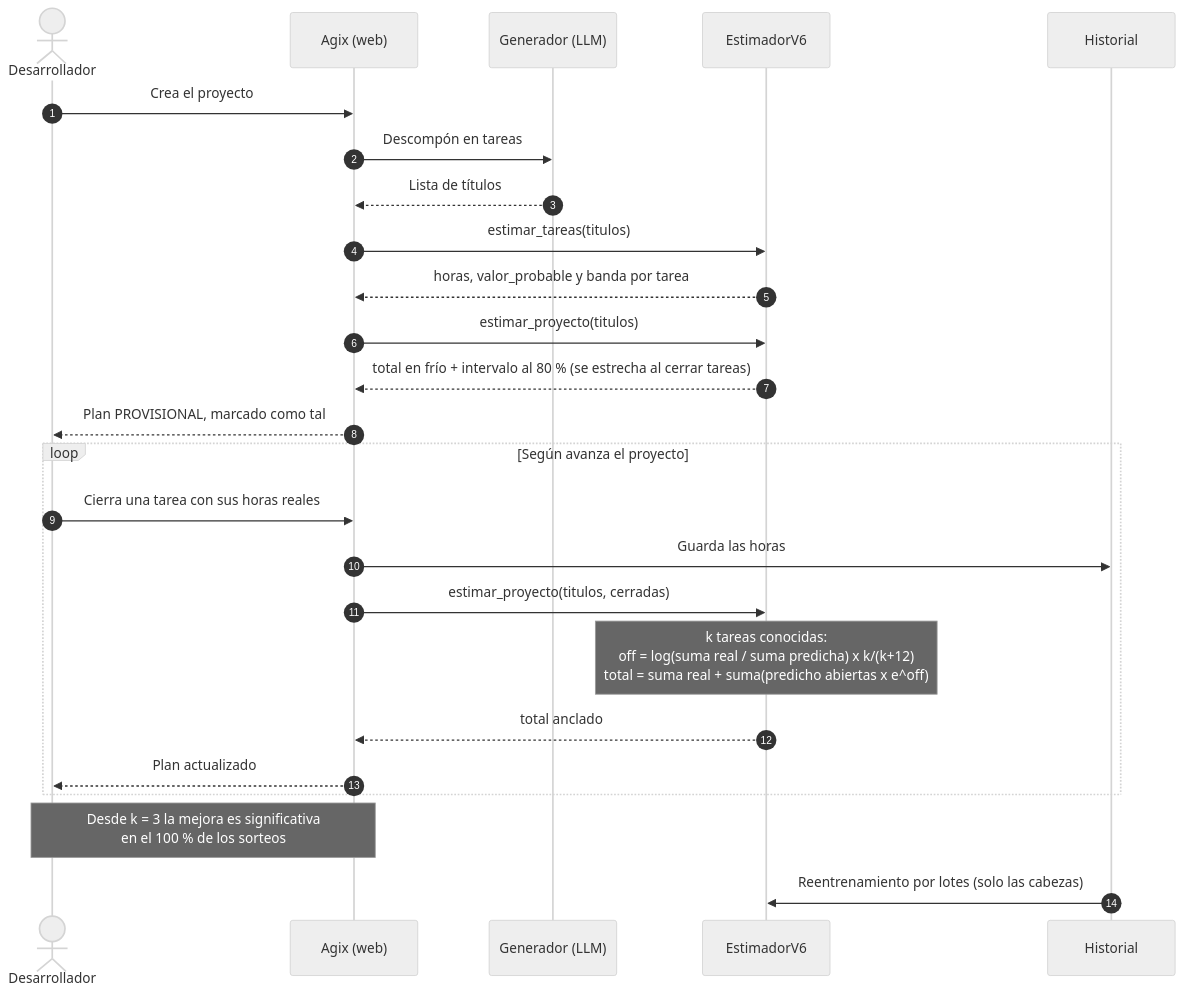
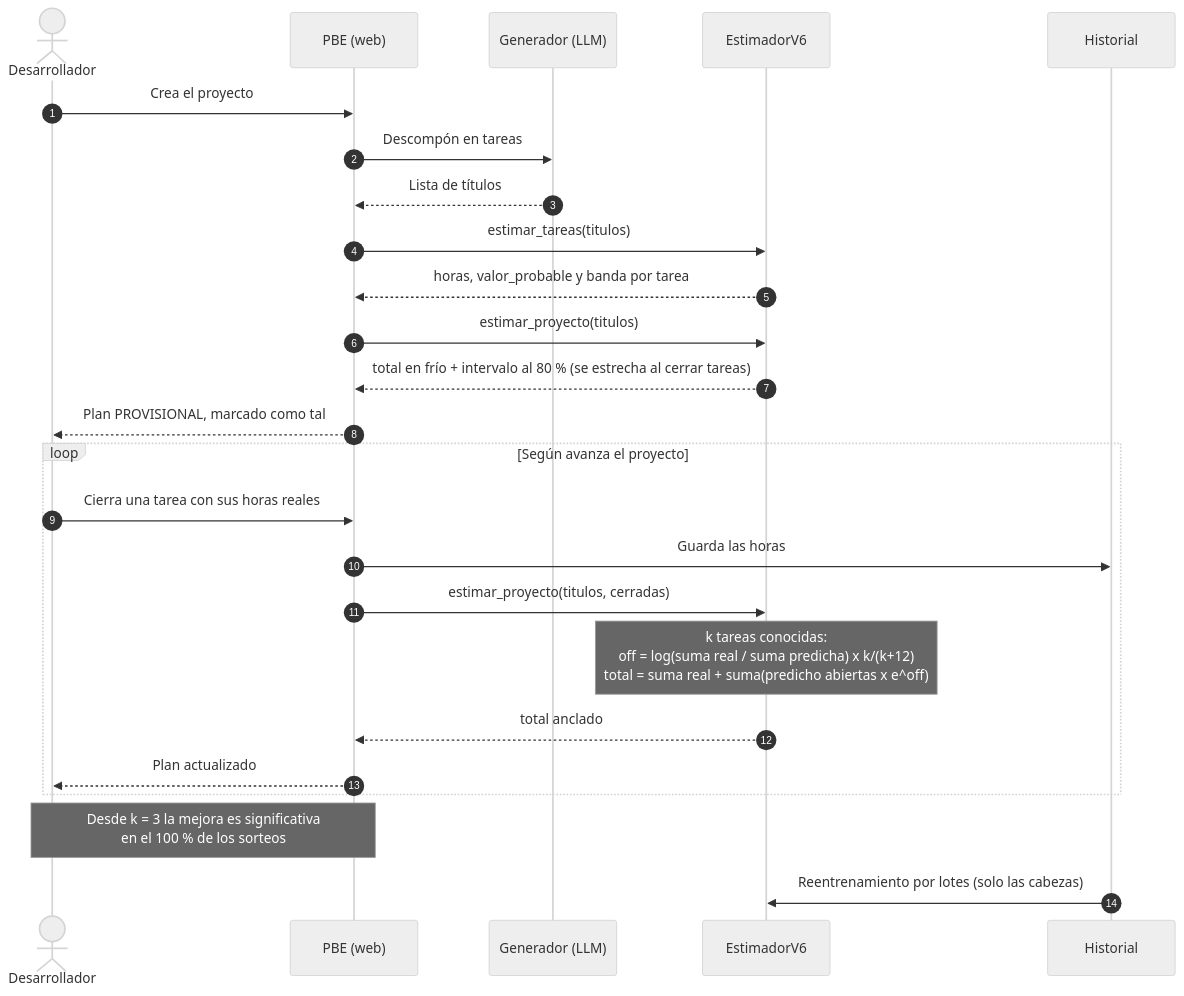
Diagram 14 of 15 in estimador/DISENO_PIPELINE.md (DTomasVr/Estimacion-progresiva-backlog), drawn with Mermaid (neutral theme) before and after one commit. The commit also changed other lines of this file and 437 other files, not shown here.

````diff
--- a/estimador/DISENO_PIPELINE.md
+++ b/estimador/DISENO_PIPELINE.md
@@ -1126,31 +1126,31 @@
 ```mermaid
 sequenceDiagram
     autonumber
     actor U as Desarrollador
-    participant W as Agix (web)
+    participant W as PBE (web)
     participant L as Generador (LLM)
     participant A as EstimadorV6
     participant D as Historial
 
     U->>W: Crea el proyecto
     W->>L: Descompón en tareas
     L-->>W: Lista de títulos
     W->>A: estimar_tareas(titulos)
     A-->>W: horas, valor_probable y banda por tarea
     W->>A: estimar_proyecto(titulos)
     A-->>W: total en frío + intervalo al 80 % (se estrecha al cerrar tareas)
     W-->>U: Plan PROVISIONAL, marcado como tal
 
     loop Según avanza el proyecto
         U->>W: Cierra una tarea con sus horas reales
         W->>D: Guarda las horas
         W->>A: estimar_proyecto(titulos, cerradas)
         Note over A: k tareas conocidas:<br/>off = log(suma real / suma predicha) x k/(k+12)<br/>total = suma real + suma(predicho abiertas x e^off)
         A-->>W: total anclado
         W-->>U: Plan actualizado
     end
 
     Note over U,W: Desde k = 3 la mejora es significativa<br/>en el 100 % de los sorteos
 
     D->>A: Reentrenamiento por lotes (solo las cabezas)
 ```
````
